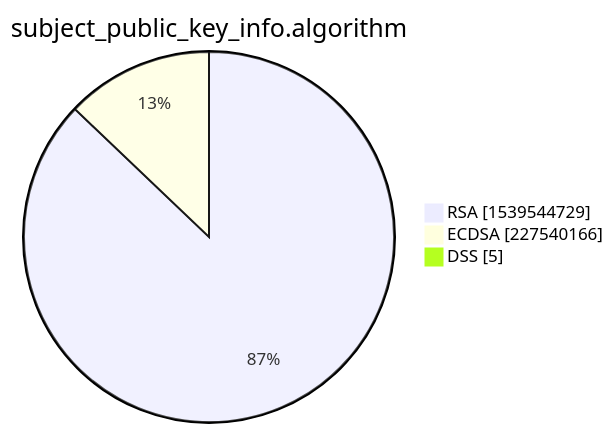
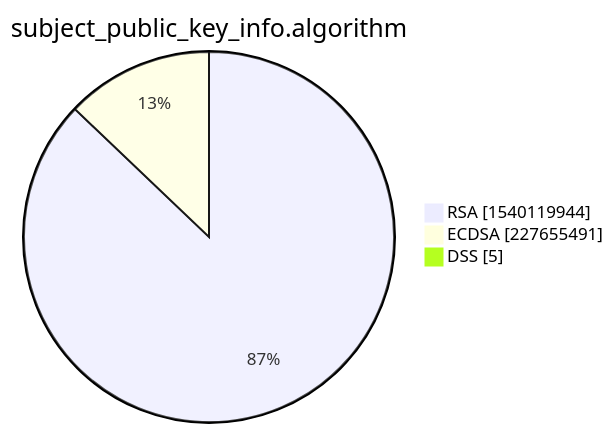
The third of 15 diagrams in xenon2022/README.md (christiankrug/ctmonitor_visualization), drawn with Mermaid before and after one commit. The commit also changed other lines of this file, not shown here.

````diff
--- a/xenon2022/README.md
+++ b/xenon2022/README.md
@@ -14,7 +14,7 @@
 ```mermaid
 pie showData
 title subject_public_key_info.algorithm
-"RSA" :1539544729
-"ECDSA" :227540166
+"RSA" :1540119944
+"ECDSA" :227655491
 "DSS" :5
 ```
````
